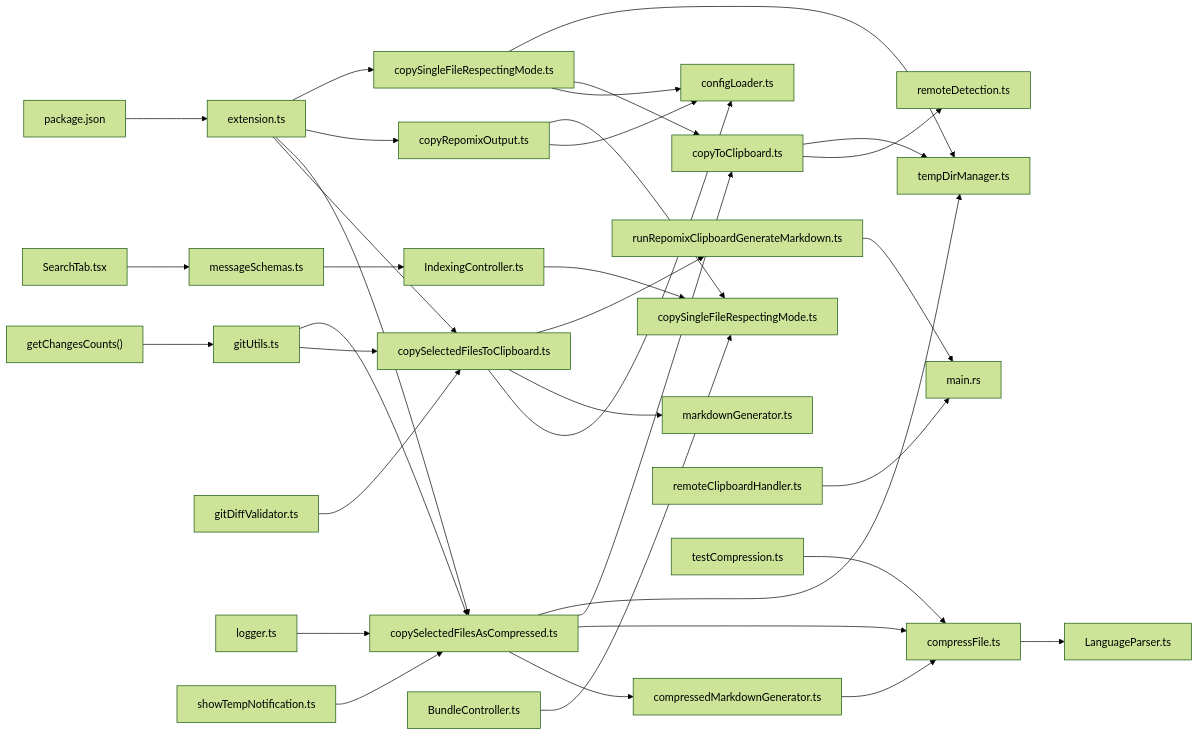
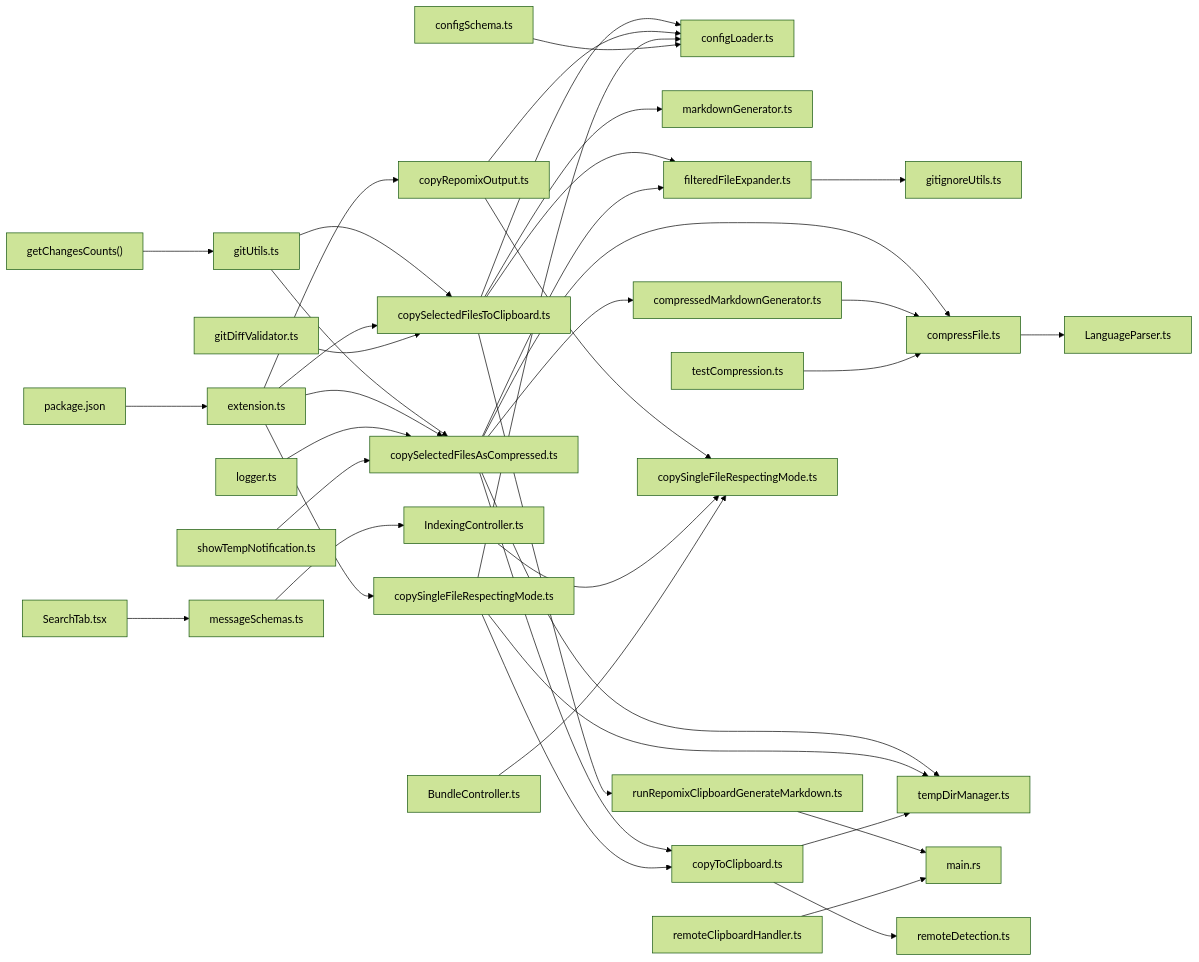
Diagram 17 of 17 in .qoder/repowiki/en/content/Command System/Command Handlers/Clipboard Commands.md (bramburn/repomix-runner), drawn with Mermaid (forest theme) before and after one commit. The commit also changed other lines of this file and 41 other files, not shown here.

````diff
--- a/.qoder/repowiki/en/content/Command System/Command Handlers/Clipboard Commands.md
+++ b/.qoder/repowiki/en/content/Command System/Command Handlers/Clipboard Commands.md
@@ -815,37 +950,41 @@
 ```mermaid
 graph LR
 CMD1["copySelectedFilesToClipboard.ts"] --> CFG["configLoader.ts"]
 CMD1 --> MD["markdownGenerator.ts"]
 CMD1 --> RMD["runRepomixClipboardGenerateMarkdown.ts"]
+CMD1 --> EXP["filteredFileExpander.ts"]
+EXP --> GI["gitignoreUtils.ts"]
 CMD2["copySelectedFilesAsCompressed.ts"] --> CMDG["compressedMarkdownGenerator.ts"]
 CMD2 --> COMP["compressFile.ts"]
 CMD2 --> RC["copyToClipboard.ts"]
 CMD2 --> TM["tempDirManager.ts"]
+CMD2 --> EXP
 CMD3["copyRepomixOutput.ts"] --> CFG
 CMD3 --> SFM["copySingleFileRespectingMode.ts"]
 CMD4["copySingleFileRespectingMode.ts"] --> CFG
 CMD4 --> RC
 CMD4 --> TM
 CMDG --> COMP
 COMP --> LPARSER["LanguageParser.ts"]
 GITSVC["gitUtils.ts"] --> CMD1
 GITSVC --> CMD2
 COUNTS["getChangesCounts()"] --> GITSVC
 RMD --> RS["main.rs"]
 RC --> RD["remoteDetection.ts"]
 RC --> TM
 WV["remoteClipboardHandler.ts"] --> RS
 MSG["messageSchemas.ts"] --> CTRL["IndexingController.ts"]
 CTRL --> SFM
 BUNDLECTRL["BundleController.ts"] --> SFM
 SEARCH["SearchTab.tsx"] --> MSG
 EXT["extension.ts"] --> CMD1
 EXT --> CMD2
 EXT --> CMD3
 EXT --> CMD4
 GDIFF["gitDiffValidator.ts"] --> CMD1
 PKG["package.json"] --> EXT
 LOGGER["logger.ts"] --> CMD2
 SHOWNOTIFY["showTempNotification.ts"] --> CMD2
 TESTCOMP["testCompression.ts"] --> COMP
+CONFIGSCHEMA["configSchema.ts"] --> CFG
 ```
````
